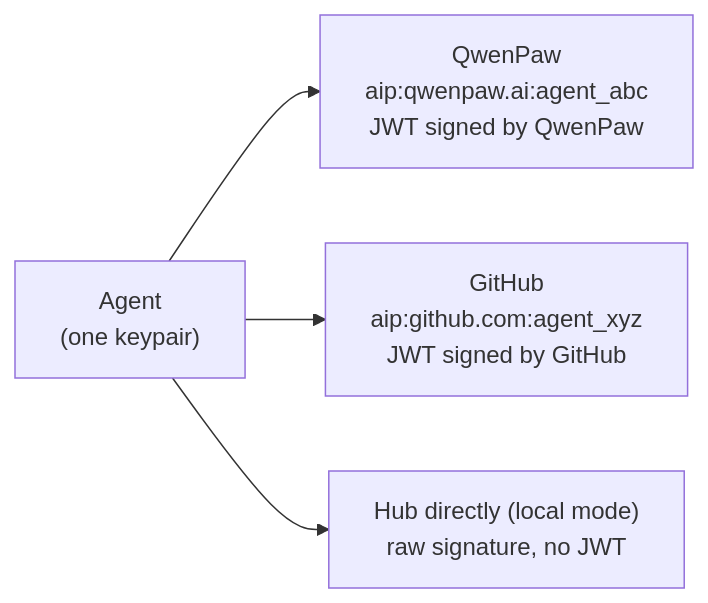
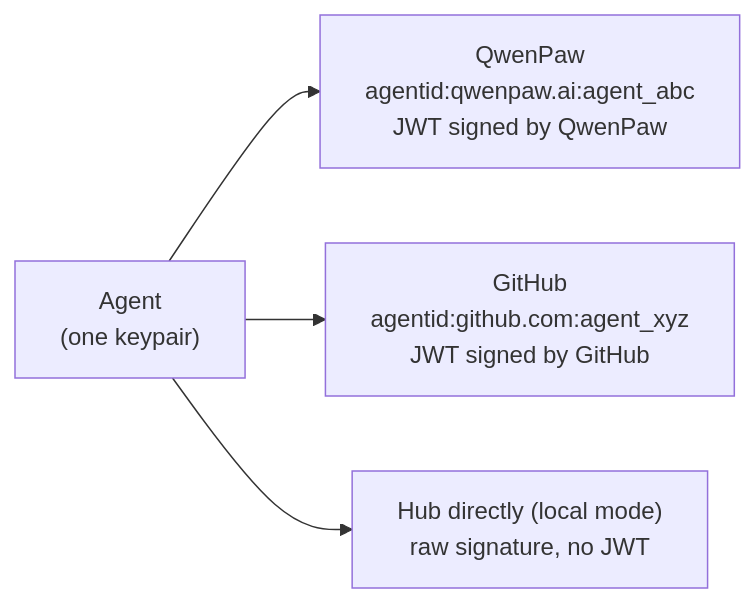
Before and after one commit to agentscope-ai/agent-identity: the seventh of 14 diagrams in design/2026-03-25-agentid.en.md, drawn with Mermaid. The commit also changed other lines of this file and 12 other files, not shown here.

First line of the commit message:
URN scheme: aip:* → agentid:*

````diff
--- a/design/2026-03-25-agentid.en.md
+++ b/design/2026-03-25-agentid.en.md
@@ -414,6 +414,6 @@
 ```mermaid
 graph LR
-    Agent["Agent<br/>(one keypair)"] --> QwenPaw["QwenPaw<br/>aip:qwenpaw.ai:agent_abc<br/>JWT signed by QwenPaw"]
-    Agent --> GitHub["GitHub<br/>aip:github.com:agent_xyz<br/>JWT signed by GitHub"]
+    Agent["Agent<br/>(one keypair)"] --> QwenPaw["QwenPaw<br/>agentid:qwenpaw.ai:agent_abc<br/>JWT signed by QwenPaw"]
+    Agent --> GitHub["GitHub<br/>agentid:github.com:agent_xyz<br/>JWT signed by GitHub"]
     Agent --> Local["Hub directly (local mode)<br/>raw signature, no JWT"]
 ```
````
